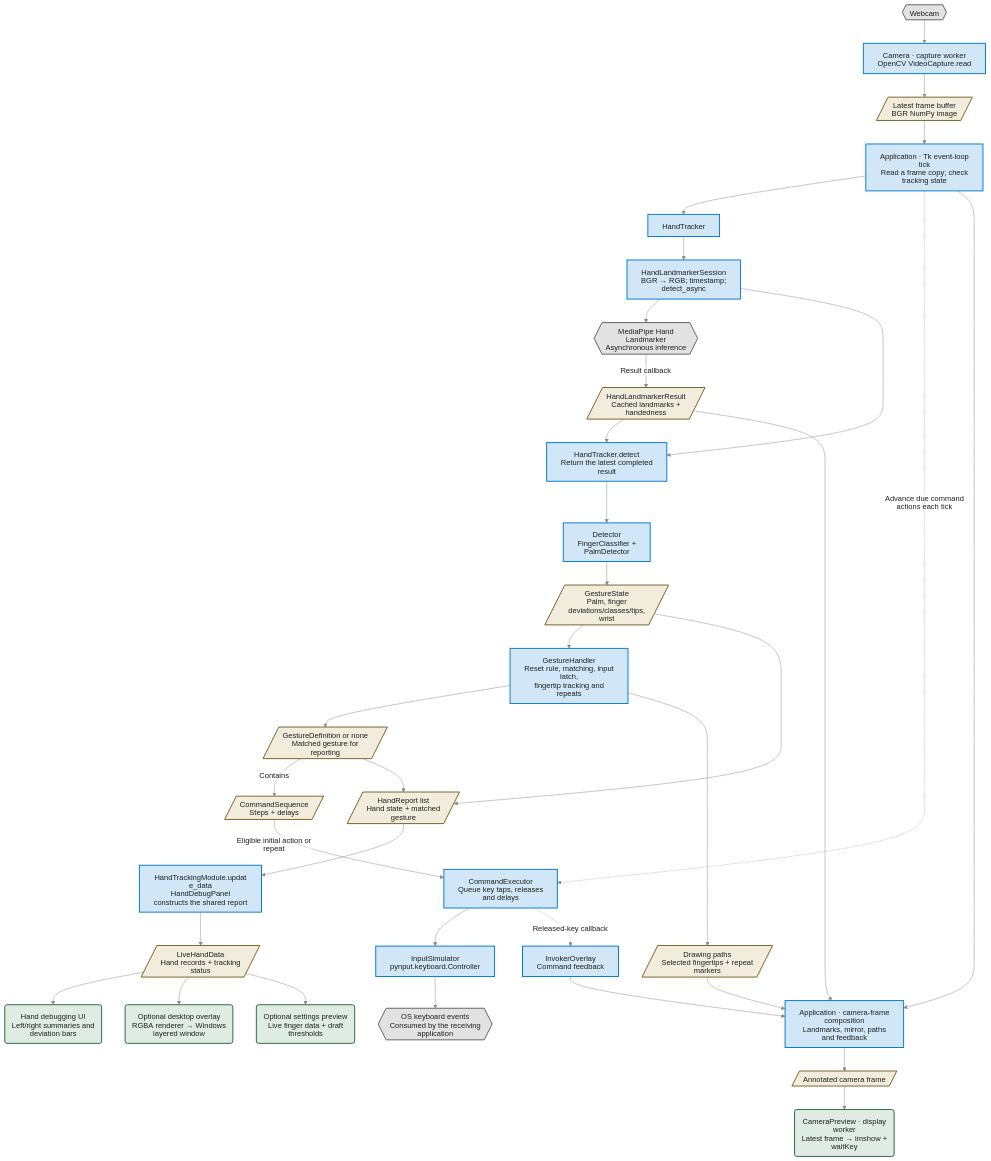
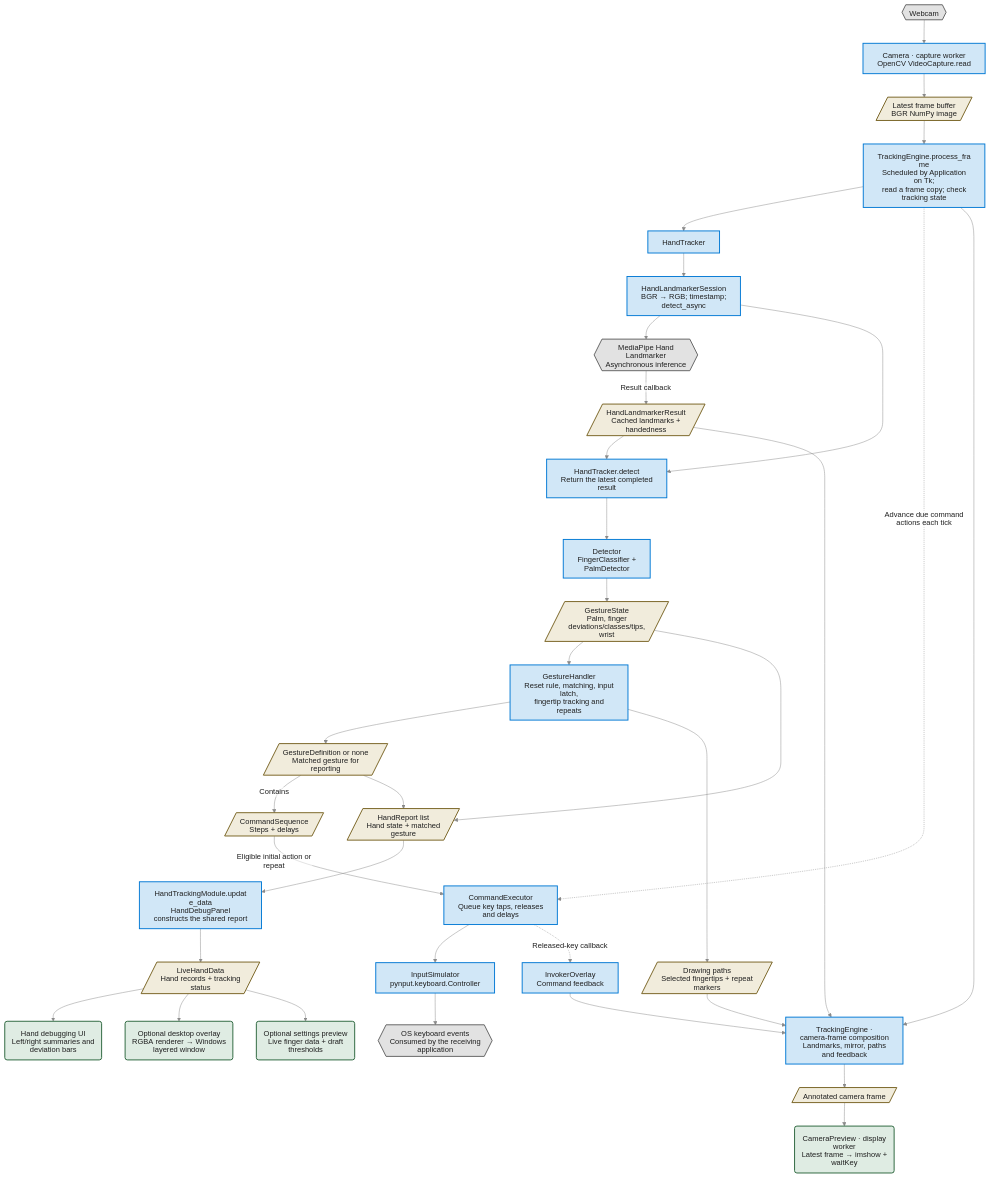
Before and after one commit to MarkJuliusAbraham/ComputerVisionBasics: the first of 3 diagrams in hand-tracking/docs/architecture.md, drawn with Mermaid. The commit also changed other lines of this file and 294 other files, not shown here.

````diff
--- a/hand-tracking/docs/architecture.md
+++ b/hand-tracking/docs/architecture.md
@@ -26,47 +26,47 @@
 ```mermaid
 %%{init: {"theme": "base", "htmlLabels": false, "flowchart": {"htmlLabels": false}, "themeCSS": ".edgeLabel rect, .labelBkg { fill: #ffffff !important; opacity: 1 !important; }", "themeVariables": {"primaryTextColor": "#202020", "textColor": "#202020", "lineColor": "#8a8a8a", "edgeLabelBackground": "#ffffff", "clusterBkg": "#f7f7f7", "clusterBorder": "#808080", "titleColor": "#202020", "background": "#ffffff"}}}%%
 flowchart TD
     Webcam{{"Webcam"}}:::external --> Capture["Camera · capture worker<br/>OpenCV VideoCapture.read"]:::component
     Capture --> Frames[/"Latest frame buffer<br/>BGR NumPy image"/]:::data
-    Frames --> App["Application · Tk event-loop tick<br/>Read a frame copy; check tracking state"]:::component
+    Frames --> App["TrackingEngine.process_frame<br/>Scheduled by Application on Tk;<br/>read a frame copy; check tracking state"]:::component
 
     App --> Tracker["HandTracker"]:::component
     Tracker --> Session["HandLandmarkerSession<br/>BGR → RGB; timestamp; detect_async"]:::component
     Session --> Inference{{"MediaPipe Hand Landmarker<br/>Asynchronous inference"}}:::external
     Inference -->|"Result callback"| Results[/"HandLandmarkerResult<br/>Cached landmarks + handedness"/]:::data
     Results --> Poll["HandTracker.detect<br/>Return the latest completed result"]:::component
     Session --> Poll
     Poll --> Detector["Detector<br/>FingerClassifier + PalmDetector"]:::component
     Detector --> State[/"GestureState<br/>Palm, finger deviations/classes/tips, wrist"/]:::data
 
     State --> Handler["GestureHandler<br/>Reset rule, matching, input latch,<br/>fingertip tracking and repeats"]:::component
     Handler --> Definition[/"GestureDefinition or none<br/>Matched gesture for reporting"/]:::data
     Definition -->|"Contains"| Sequence[/"CommandSequence<br/>Steps + delays"/]:::data
     Sequence -->|"Eligible initial action or repeat"| Executor["CommandExecutor<br/>Queue key taps, releases and delays"]:::component
     Executor --> Input["InputSimulator<br/>pynput.keyboard.Controller"]:::component
     Input --> OS{{"OS keyboard events<br/>Consumed by the receiving application"}}:::external
     App -. "Advance due command actions each tick" .-> Executor
 
     State --> Records[/"HandReport list<br/>Hand state + matched gesture"/]:::data
     Definition --> Records
     Records --> Module["HandTrackingModule.update_data<br/>HandDebugPanel constructs the shared report"]:::component
     Module --> Report[/"LiveHandData<br/>Hand records + tracking status"/]:::data
     Report --> Debug("Hand debugging UI<br/>Left/right summaries and deviation bars"):::view
     Report --> Overlay("Optional desktop overlay<br/>RGBA renderer → Windows layered window"):::view
     Report --> SettingsPreview("Optional settings preview<br/>Live finger data + draft thresholds"):::view
 
-    App --> Compose["Application · camera-frame composition<br/>Landmarks, mirror, paths and feedback"]:::component
+    App --> Compose["TrackingEngine · camera-frame composition<br/>Landmarks, mirror, paths and feedback"]:::component
     Results --> Compose
     Handler --> Paths[/"Drawing paths<br/>Selected fingertips + repeat markers"/]:::data
     Paths --> Compose
     Executor -. "Released-key callback" .-> Invoker["InvokerOverlay<br/>Command feedback"]:::component
     Invoker --> Compose
     Compose --> DisplayFrame[/"Annotated camera frame"/]:::data
     DisplayFrame --> Preview("CameraPreview · display worker<br/>Latest frame → imshow + waitKey"):::view
 
     classDef component fill:#d1e7f7,stroke:#0078d4,color:#202020,stroke-width:2px;
     classDef data fill:#f1ecdc,stroke:#76601f,color:#202020,stroke-width:2px;
     classDef view fill:#dfece3,stroke:#28643a,color:#202020,stroke-width:2px;
     classDef config fill:#ece6f0,stroke:#67437d,color:#202020,stroke-width:2px;
     classDef external fill:#e2e2e2,stroke:#606060,color:#202020,stroke-width:2px;
 ```
````
